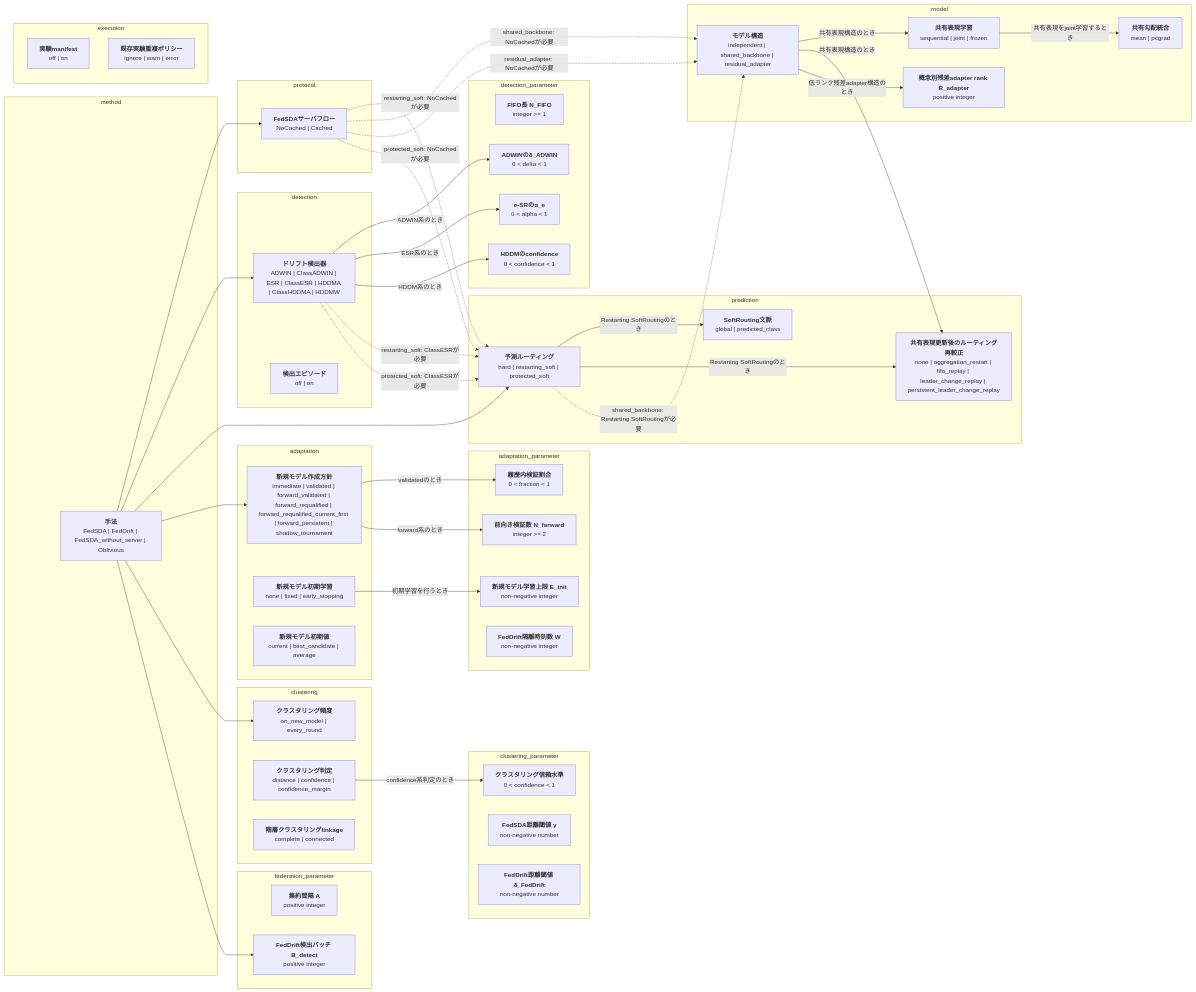
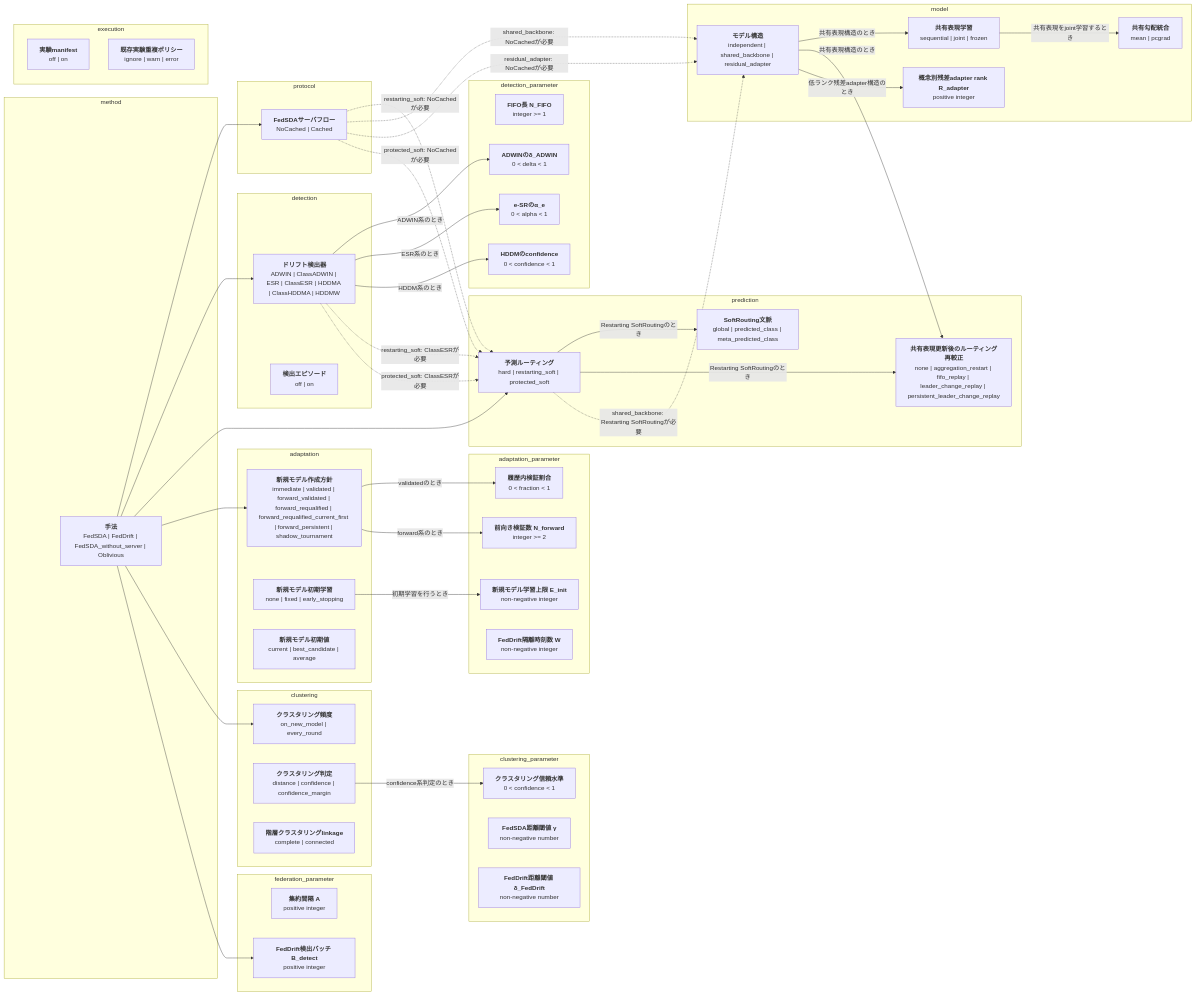
One commit to shimmen3141/FedSDA-experiment changed the first of 2 diagrams in docs/options.md. Above: the diagram before and after it, drawn with Mermaid. The commit also changed other lines of this file and 11 other files, not shown here.

Commit message:
Promote meta contextual soft routing

```diff
--- a/docs/options.md
+++ b/docs/options.md
@@ -29,7 +29,7 @@
   end
   subgraph group_prediction[prediction]
     routing["<b>予測ルーティング</b><br/>hard | restarting_soft | protected_soft"]
-    soft_routing_context["<b>SoftRouting文脈</b><br/>global | predicted_class"]
+    soft_routing_context["<b>SoftRouting文脈</b><br/>global | predicted_class | meta_predicted_class"]
     shared_backbone_routing_recalibration["<b>共有表現更新後のルーティング再較正</b><br/>none | aggregation_restart | fifo_replay | leader_change_replay | persistent_leader_change_replay"]
   end
   subgraph group_model[model]
```
